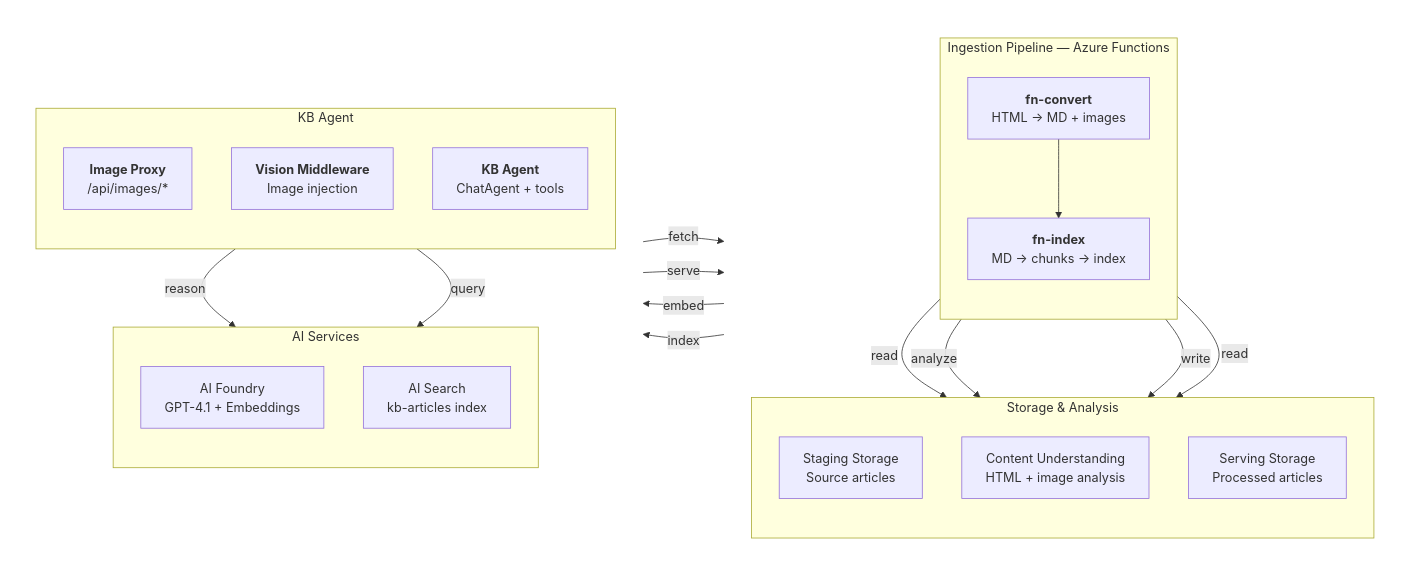
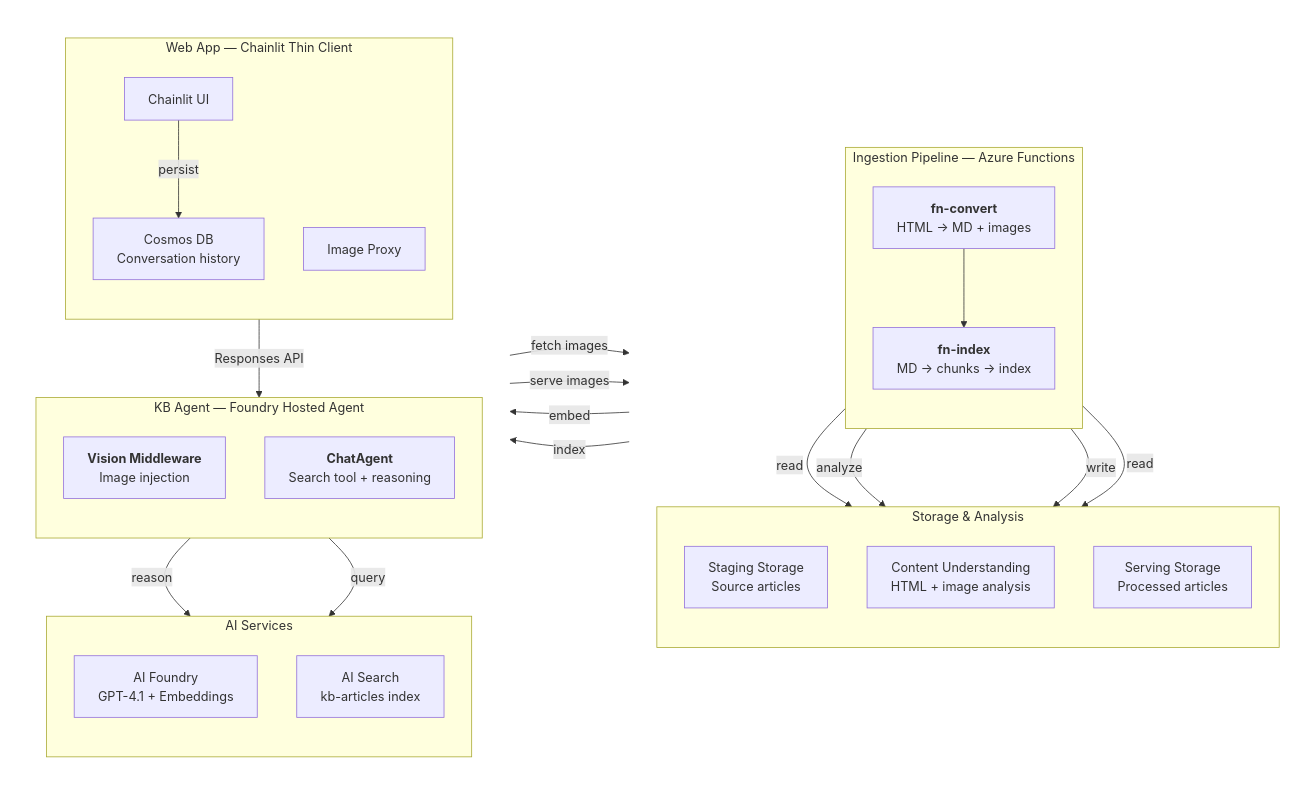
One commit to aldelar/azure-knowledge-base-ingestion changed the diagram in README.md. Above: the diagram before and after it, drawn with Mermaid. The commit also changed other lines of this file and 54 other files, not shown here.

Commit message:
implementation of agent as standalone service, refactoring for deployment as hosted agent, intro of cosmosdb backed memory

````diff
--- a/README.md
+++ b/README.md
@@ -91,50 +97,57 @@
 ```mermaid
 flowchart LR
     subgraph left[" "]
         direction TB
         subgraph Pipeline["Ingestion Pipeline — Azure Functions"]
             direction TB
             CONV["<b>fn-convert</b><br/>HTML → MD + images"]
             IDX["<b>fn-index</b><br/>MD → chunks → index"]
             CONV --> IDX
         end
         subgraph Sources["Storage & Analysis"]
             direction TB
             SA1["Staging Storage<br/>Source articles"]
             CU["Content Understanding<br/>HTML + image analysis"]
             SA2["Serving Storage<br/>Processed articles"]
         end
     end
 
     subgraph right[" "]
         direction TB
         subgraph Center["AI Services"]
             direction TB
             AF["AI Foundry<br/>GPT-4.1 + Embeddings"]
             AIS["AI Search<br/>kb-articles index"]
         end
-        subgraph App["KB Agent"]
+        subgraph Agent["KB Agent — Foundry Hosted Agent"]
             direction TB
-            PROXY["<b>Image Proxy</b><br/>/api/images/*"]
             VIS["<b>Vision Middleware</b><br/>Image injection"]
-            AGENT["<b>KB Agent</b><br/>ChatAgent + tools"]
+            AGT["<b>ChatAgent</b><br/>Search tool + reasoning"]
+        end
+        subgraph WebApp["Web App — Chainlit Thin Client"]
+            direction TB
+            CL["Chainlit UI"]
+            PROXY["Image Proxy"]
+            COSMOS["Cosmos DB<br/>Conversation history"]
         end
     end
 
     CONV -->|read| SA1
     CONV -->|analyze| CU
     CONV -->|write| SA2
     IDX -->|read| SA2
 
     IDX -->|embed| AF
     IDX -->|index| AIS
 
-    AGENT -->|reason| AF
-    AGENT -->|query| AIS
+    AGT -->|reason| AF
+    AGT -->|query| AIS
+    VIS -->|fetch images| SA2
+    PROXY -->|serve images| SA2
 
-    VIS -->|fetch| SA2
-    PROXY -->|serve| SA2
+    CL -->|"Responses API"| AGT
+    CL -->|persist| COSMOS
 
     classDef invisible fill:none,stroke:none;
     class left,right invisible;
 ```
````
